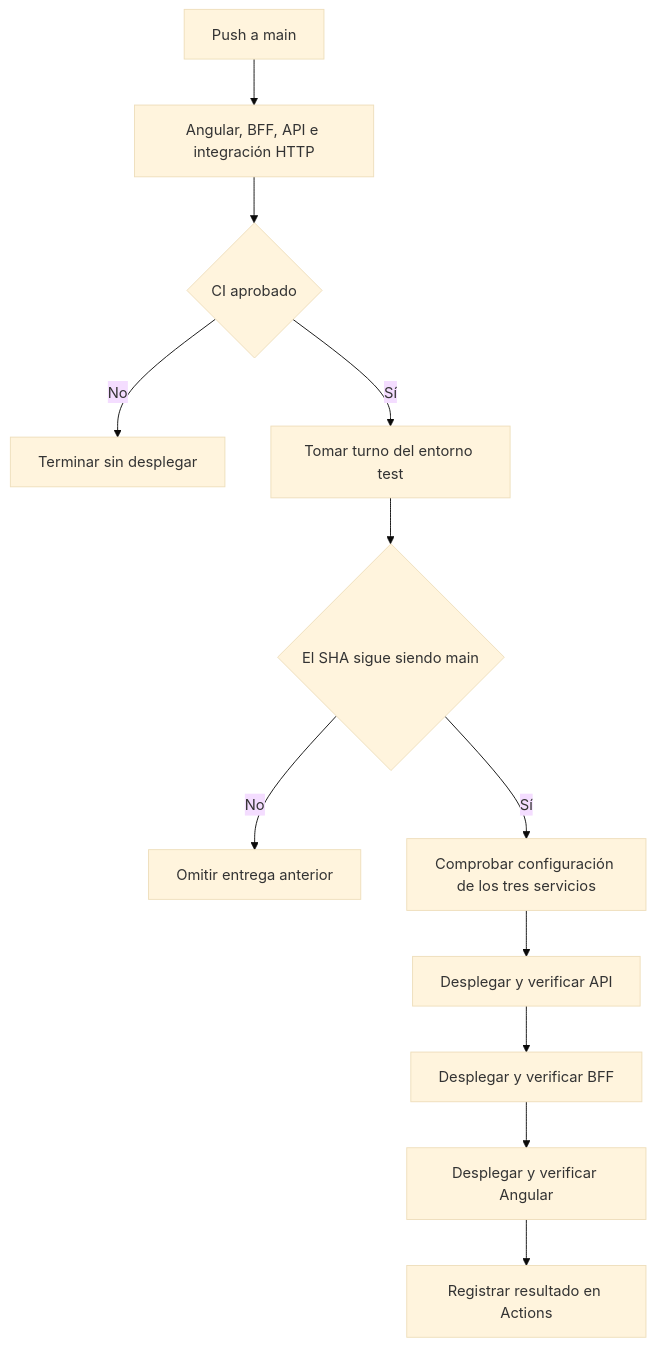
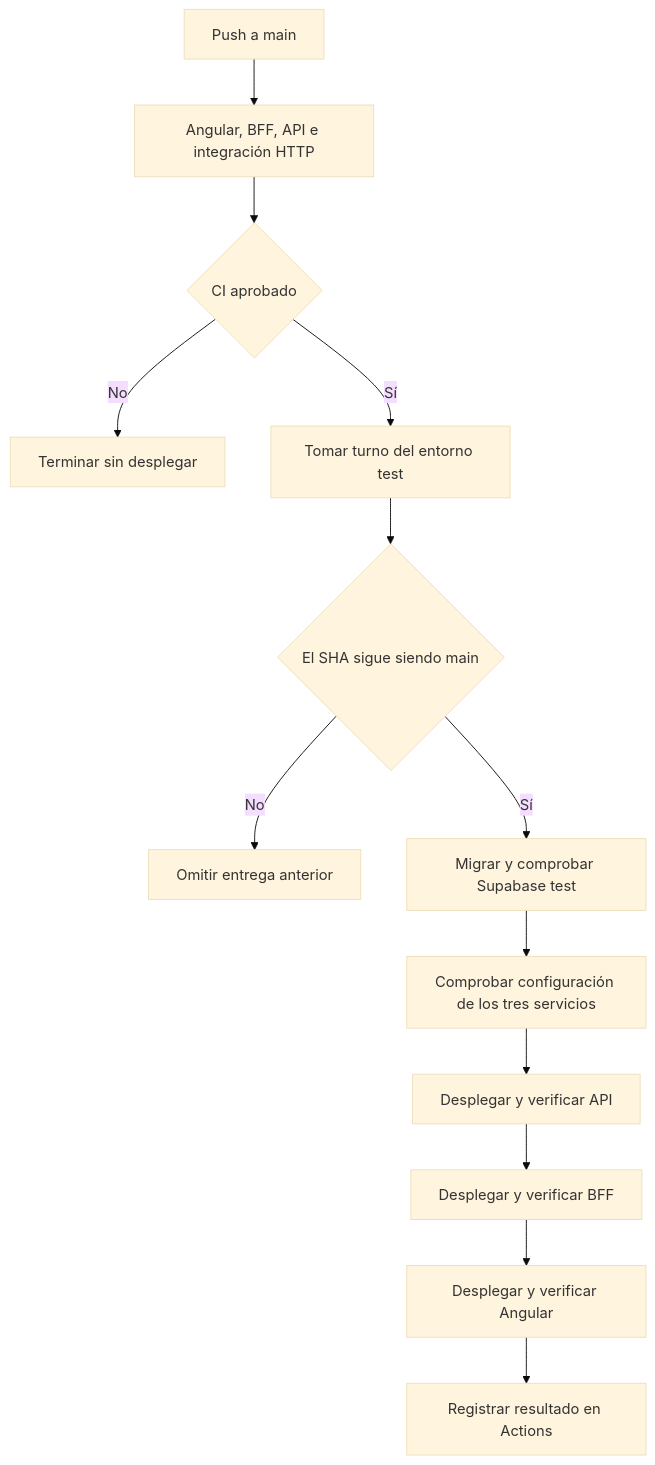
The diagram in docs/cd-test.md (aleharo2003/gastos), drawn with Mermaid (base theme) before and after one commit. The commit also changed other lines of this file and 7 other files, not shown here.

Commit message:
ci: migra Supabase test antes de desplegar Render

````diff
--- a/docs/cd-test.md
+++ b/docs/cd-test.md
@@ -21,14 +21,15 @@
 ```mermaid
 flowchart TD
     A[Push a main] --> B[Angular, BFF, API e integración HTTP]
     B --> C{CI aprobado}
     C -- No --> D[Terminar sin desplegar]
     C -- Sí --> E[Tomar turno del entorno test]
     E --> F{El SHA sigue siendo main}
     F -- No --> G[Omitir entrega anterior]
-    F -- Sí --> H[Comprobar configuración de los tres servicios]
+    F -- Sí --> M[Migrar y comprobar Supabase test]
+    M --> H[Comprobar configuración de los tres servicios]
     H --> I[Desplegar y verificar API]
     I --> J[Desplegar y verificar BFF]
     J --> K[Desplegar y verificar Angular]
     K --> L[Registrar resultado en Actions]
 ```
````
